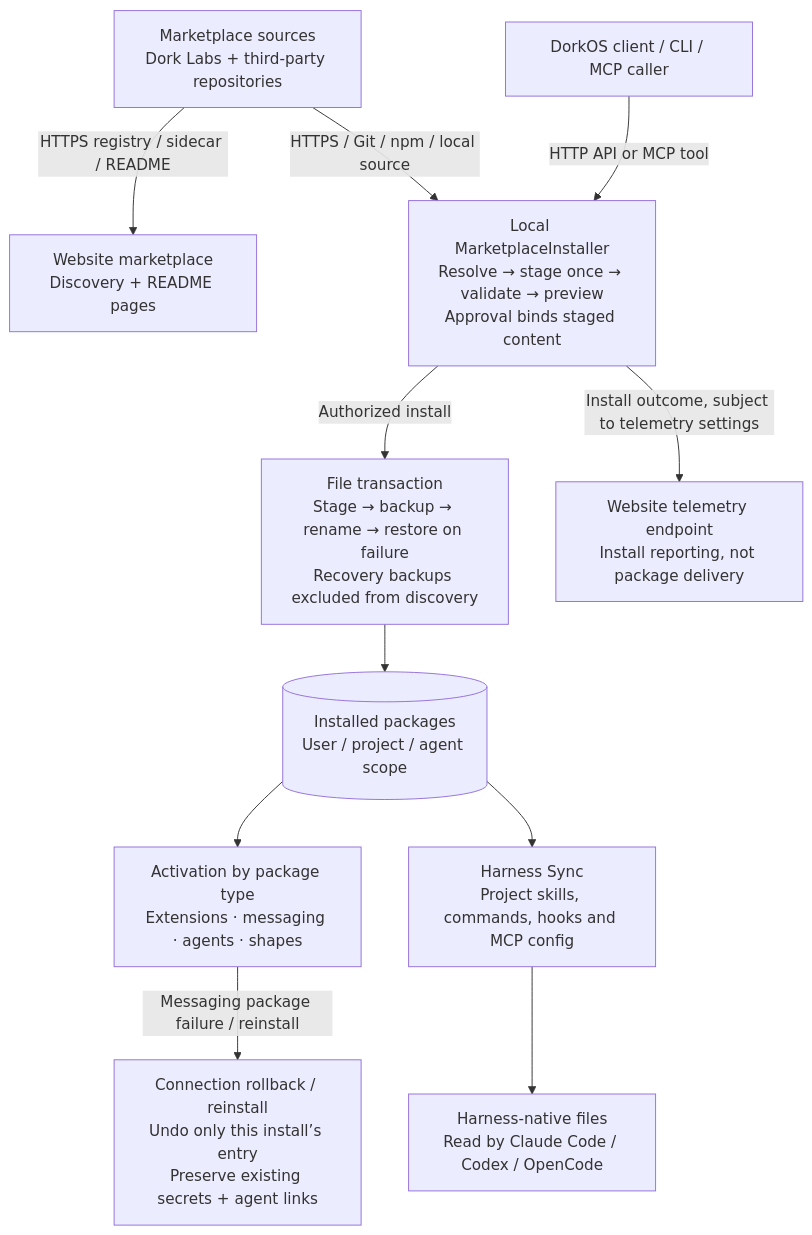
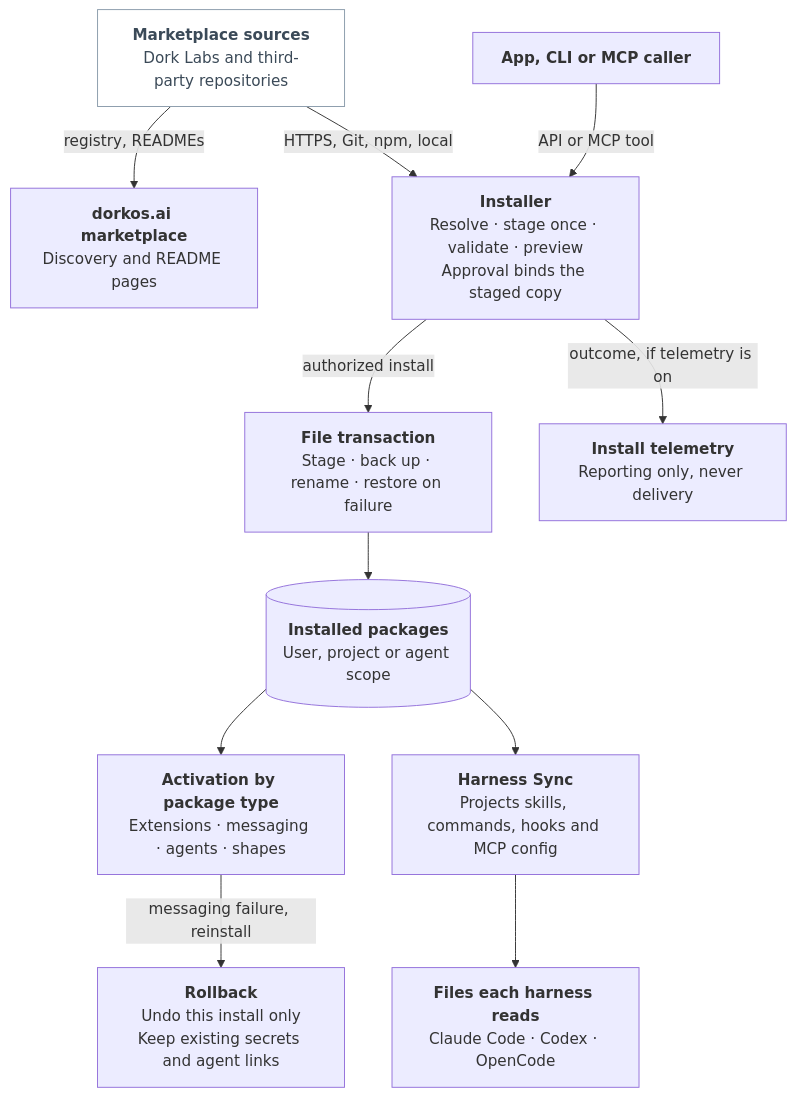
The diagram in contributing/diagrams/architecture/marketplace.mmd (dork-labs/dorkos), drawn with Mermaid before and after one commit. The commit also changed 16 other files, not shown here.

First line of the commit message:
docs(architecture): restyle the diagrams: ELK layout, bold names with one detail line, one status key

```diff
--- a/contributing/diagrams/architecture/marketplace.mmd
+++ b/contributing/diagrams/architecture/marketplace.mmd
@@ -1,24 +1,29 @@
 flowchart TB
   accTitle: Marketplace discovery, installation, and activation
   accDescr: Source registries and repositories supply packages. The website browses them. Local installation validates and previews changes, performs a file transaction, then activates code or projects agent assets through Harness Sync.
-  repo["Marketplace sources<br/>Dork Labs + third-party repositories"]
-  site["Website marketplace<br/>Discovery + README pages"]
-  user["DorkOS client / CLI / MCP caller"]
-  installer["Local MarketplaceInstaller<br/>Resolve → stage once → validate → preview<br/>Approval binds staged content"]
-  txn["File transaction<br/>Stage → backup → rename → restore on failure<br/>Recovery backups excluded from discovery"]
-  disk[("Installed packages<br/>User / project / agent scope")]
-  activate["Activation by package type<br/>Extensions · messaging · agents · shapes"]
-  harness["Harness Sync<br/>Project skills, commands, hooks and MCP config"]
-  runtime["Harness-native files<br/>Read by Claude Code / Codex / OpenCode"]
-  telemetry["Website telemetry endpoint<br/>Install reporting, not package delivery"]
-  repo -->|"HTTPS registry / sidecar / README"| site
-  repo -->|"HTTPS / Git / npm / local source"| installer
-  user -->|"HTTP API or MCP tool"| installer
-  installer -->|"Authorized install"| txn
+
+  repo["<b>Marketplace sources</b><br/><span class='d'>Dork Labs and third-party repositories</span>"]
+  site["<b>dorkos.ai marketplace</b><br/><span class='d'>Discovery and README pages</span>"]
+  user["<b>App, CLI or MCP caller</b>"]
+  installer["<b>Installer</b><br/><span class='d'>Resolve · stage once · validate · preview<br/>Approval binds the staged copy</span>"]
+  txn["<b>File transaction</b><br/><span class='d'>Stage · back up · rename · restore on failure</span>"]
+  disk[("<b>Installed packages</b><br/><span class='d'>User, project or agent scope</span>")]
+  activate["<b>Activation by package type</b><br/><span class='d'>Extensions · messaging · agents · shapes</span>"]
+  restore["<b>Rollback</b><br/><span class='d'>Undo this install only<br/>Keep existing secrets and agent links</span>"]
+  harness["<b>Harness Sync</b><br/><span class='d'>Projects skills, commands, hooks and MCP config</span>"]
+  runtime["<b>Files each harness reads</b><br/><span class='d'>Claude Code · Codex · OpenCode</span>"]
+  telemetry["<b>Install telemetry</b><br/><span class='d'>Reporting only, never delivery</span>"]
+
+  repo -->|"registry, READMEs"| site
+  repo -->|"HTTPS, Git, npm, local"| installer
+  user -->|"API or MCP tool"| installer
+  installer -->|"authorized install"| txn
   txn --> disk
   disk --> activate
-  restore["Connection rollback / reinstall<br/>Undo only this install’s entry<br/>Preserve existing secrets + agent links"]
-  activate -->|"Messaging package failure / reinstall"| restore
+  activate -->|"messaging failure, reinstall"| restore
   disk --> harness
   harness --> runtime
-  installer -->|"Install outcome, subject to telemetry settings"| telemetry
+  installer -->|"outcome, if telemetry is on"| telemetry
+
+  classDef external fill:#ffffff,stroke:#8a9bab,color:#3b4a58
+  class repo external
```
